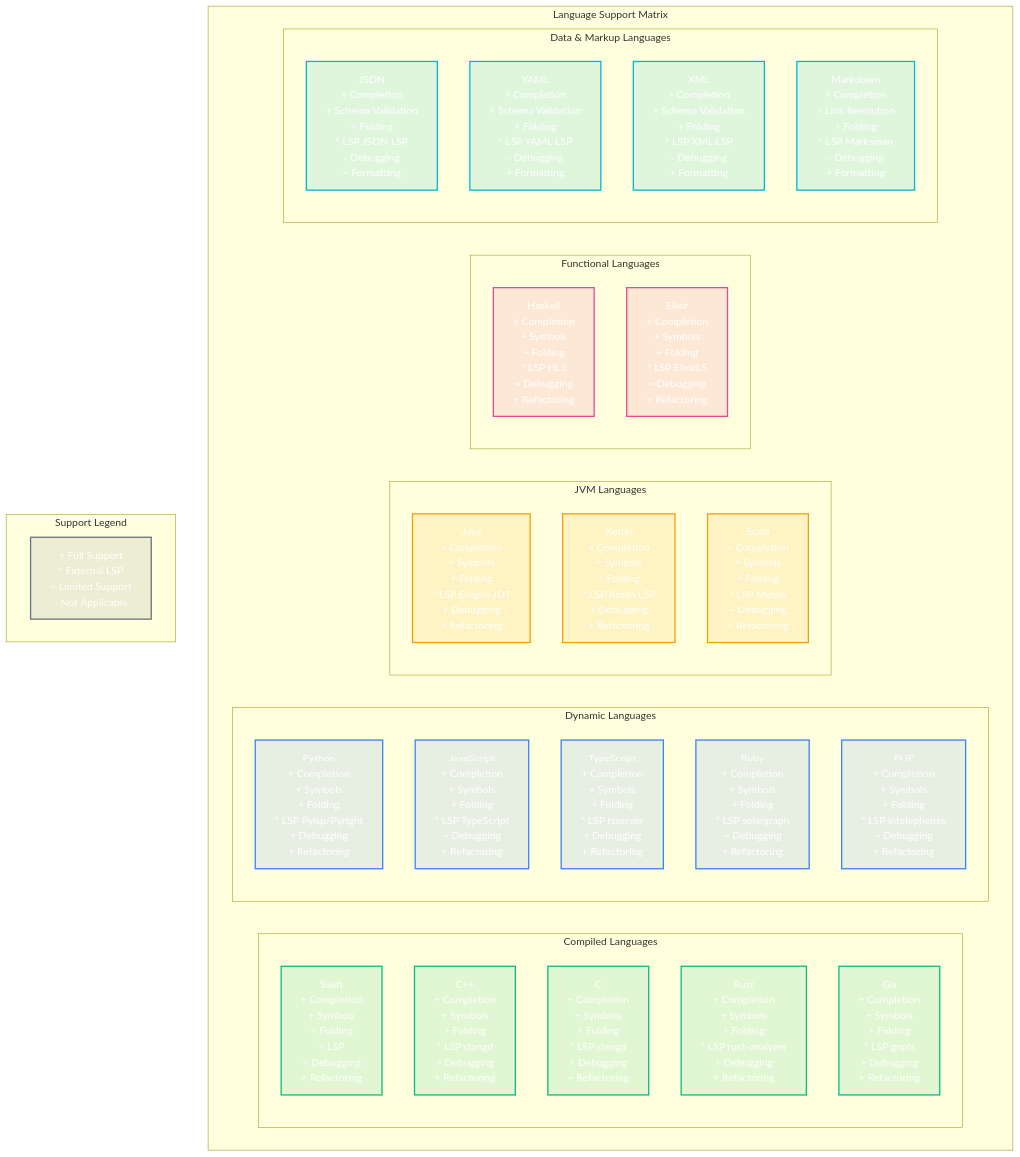
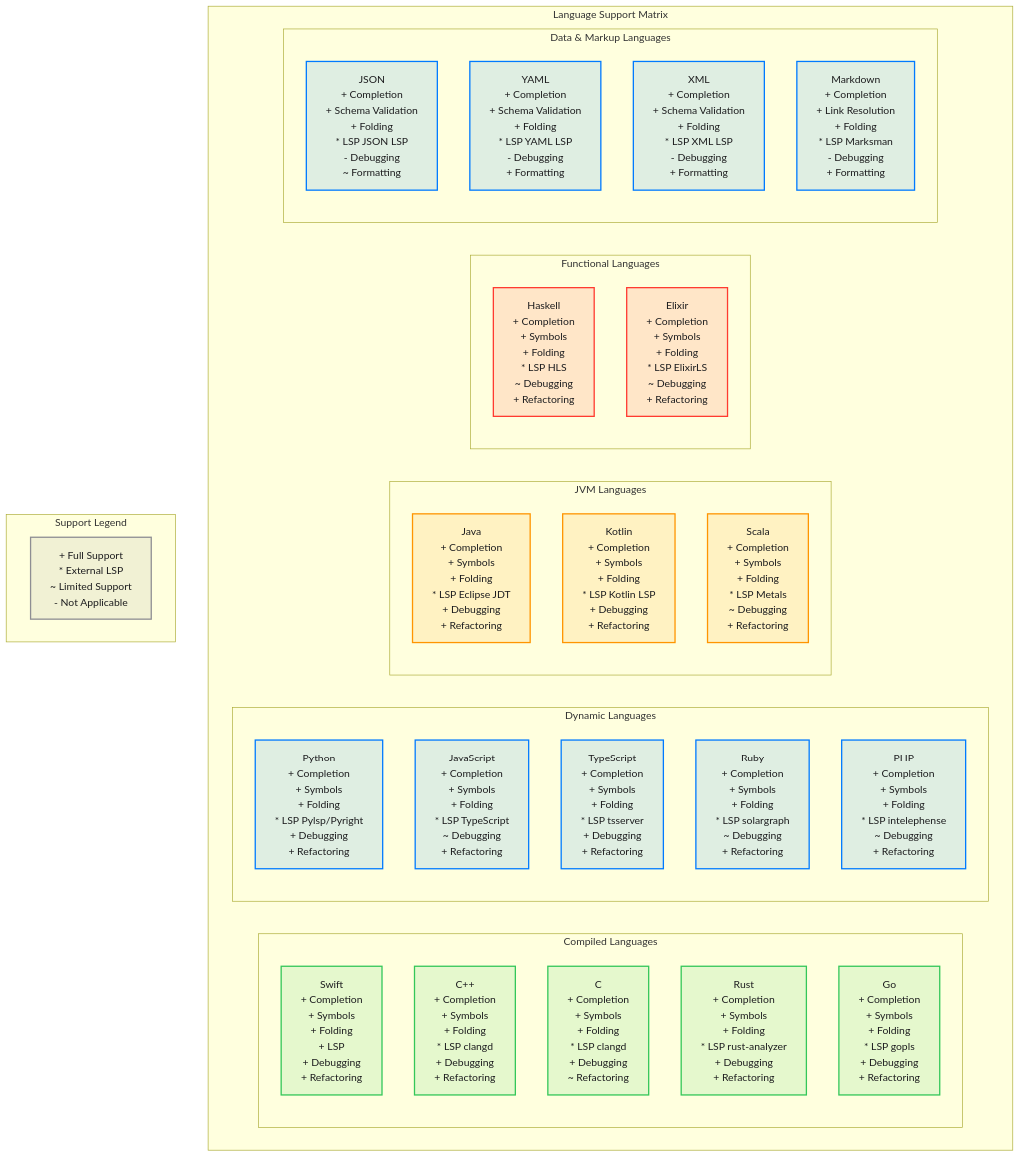
Before and after one commit to ajmcclary/CodeEditorKit: the first of 2 diagrams in Diagrams/23-multi-language-support-matrix.md, drawn with Mermaid. The commit also changed other lines of this file and 25 other files, not shown here.

First line of the commit message:
Refactor diagram color schemes for dark mode compatibility and semantic clarity

````diff
--- a/Diagrams/23-multi-language-support-matrix.md
+++ b/Diagrams/23-multi-language-support-matrix.md
@@ -5,71 +5,71 @@
 ```mermaid
 flowchart TB
     subgraph "Language Support Matrix"
         subgraph "Compiled Languages"
             SWIFT[Swift<br/>+ Completion<br/>+ Symbols<br/>+ Folding<br/>+ LSP<br/>+ Debugging<br/>+ Refactoring]
             CPP[C++<br/>+ Completion<br/>+ Symbols<br/>+ Folding<br/>* LSP clangd<br/>+ Debugging<br/>+ Refactoring]
             C[C<br/>+ Completion<br/>+ Symbols<br/>+ Folding<br/>* LSP clangd<br/>+ Debugging<br/>~ Refactoring]
             RUST[Rust<br/>+ Completion<br/>+ Symbols<br/>+ Folding<br/>* LSP rust-analyzer<br/>+ Debugging<br/>+ Refactoring]
             GO[Go<br/>+ Completion<br/>+ Symbols<br/>+ Folding<br/>* LSP gopls<br/>+ Debugging<br/>+ Refactoring]
         end
 
         subgraph "Dynamic Languages"
             PYTHON[Python<br/>+ Completion<br/>+ Symbols<br/>+ Folding<br/>* LSP Pylsp/Pyright<br/>+ Debugging<br/>+ Refactoring]
             JS[JavaScript<br/>+ Completion<br/>+ Symbols<br/>+ Folding<br/>* LSP TypeScript<br/>~ Debugging<br/>+ Refactoring]
             TS[TypeScript<br/>+ Completion<br/>+ Symbols<br/>+ Folding<br/>* LSP tsserver<br/>+ Debugging<br/>+ Refactoring]
             RUBY[Ruby<br/>+ Completion<br/>+ Symbols<br/>+ Folding<br/>* LSP solargraph<br/>~ Debugging<br/>+ Refactoring]
             PHP[PHP<br/>+ Completion<br/>+ Symbols<br/>+ Folding<br/>* LSP intelephense<br/>~ Debugging<br/>+ Refactoring]
         end
 
         subgraph "JVM Languages"
             JAVA[Java<br/>+ Completion<br/>+ Symbols<br/>+ Folding<br/>* LSP Eclipse JDT<br/>+ Debugging<br/>+ Refactoring]
             KOTLIN[Kotlin<br/>+ Completion<br/>+ Symbols<br/>+ Folding<br/>* LSP Kotlin LSP<br/>+ Debugging<br/>+ Refactoring]
             SCALA[Scala<br/>+ Completion<br/>+ Symbols<br/>+ Folding<br/>* LSP Metals<br/>~ Debugging<br/>+ Refactoring]
         end
 
         subgraph "Functional Languages"
             HASKELL[Haskell<br/>+ Completion<br/>+ Symbols<br/>+ Folding<br/>* LSP HLS<br/>~ Debugging<br/>+ Refactoring]
             ELIXIR[Elixir<br/>+ Completion<br/>+ Symbols<br/>+ Folding<br/>* LSP ElixirLS<br/>~ Debugging<br/>+ Refactoring]
         end
 
         subgraph "Data & Markup Languages"
             JSON[JSON<br/>+ Completion<br/>+ Schema Validation<br/>+ Folding<br/>* LSP JSON LSP<br/>- Debugging<br/>~ Formatting]
             YAML[YAML<br/>+ Completion<br/>+ Schema Validation<br/>+ Folding<br/>* LSP YAML LSP<br/>- Debugging<br/>+ Formatting]
             XML[XML<br/>+ Completion<br/>+ Schema Validation<br/>+ Folding<br/>* LSP XML LSP<br/>- Debugging<br/>+ Formatting]
             MD[Markdown<br/>+ Completion<br/>+ Link Resolution<br/>+ Folding<br/>* LSP Marksman<br/>- Debugging<br/>+ Formatting]
         end
     end
 
     subgraph "Support Legend"
         LEGEND[+ Full Support<br/>* External LSP<br/>~ Limited Support<br/>- Not Applicable]
     end
 
     %% Styling - Dark mode friendly colors
-    classDef compiled fill:#10b98120,stroke:#10b981,stroke-width:2px,color:#fff
-    classDef dynamic fill:#3b82f620,stroke:#3b82f6,stroke-width:2px,color:#fff
-    classDef jvm fill:#f59e0b20,stroke:#f59e0b,stroke-width:2px,color:#fff
-    classDef functional fill:#ec489920,stroke:#ec4899,stroke-width:2px,color:#fff
-    classDef data fill:#06b6d420,stroke:#06b6d4,stroke-width:2px,color:#fff
-    classDef legend fill:#6b728020,stroke:#6b7280,stroke-width:2px,color:#fff
+    classDef compiled fill:#34C75920,stroke:#34C759,stroke-width:2px,color:#1D1D1F
+    classDef dynamic fill:#007AFF20,stroke:#007AFF,stroke-width:2px,color:#1D1D1F
+    classDef jvm fill:#FF950020,stroke:#FF9500,stroke-width:2px,color:#1D1D1F
+    classDef functional fill:#FF3B3020,stroke:#FF3B30,stroke-width:2px,color:#1D1D1F
+    classDef data fill:#007AFF20,stroke:#007AFF,stroke-width:2px,color:#1D1D1F
+    classDef legend fill:#8E8E9320,stroke:#8E8E93,stroke-width:2px,color:#1D1D1F
 
     class SWIFT compiled
     class CPP compiled
     class C compiled
     class RUST compiled
     class GO compiled
     class PYTHON dynamic
     class JS dynamic
     class TS dynamic
     class RUBY dynamic
     class PHP dynamic
     class JAVA jvm
     class KOTLIN jvm
     class SCALA jvm
     class HASKELL functional
     class ELIXIR functional
     class JSON data
     class YAML data
     class XML data
     class MD data
     class LEGEND legend
 ```
````
